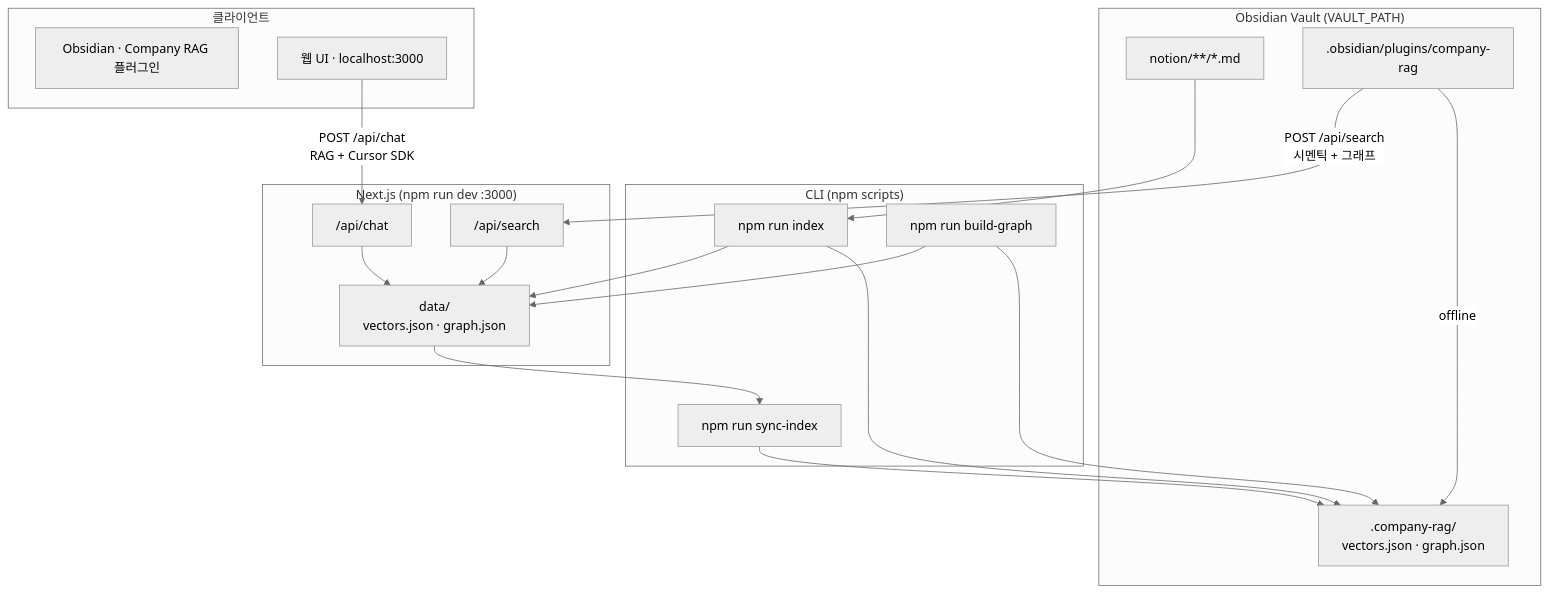
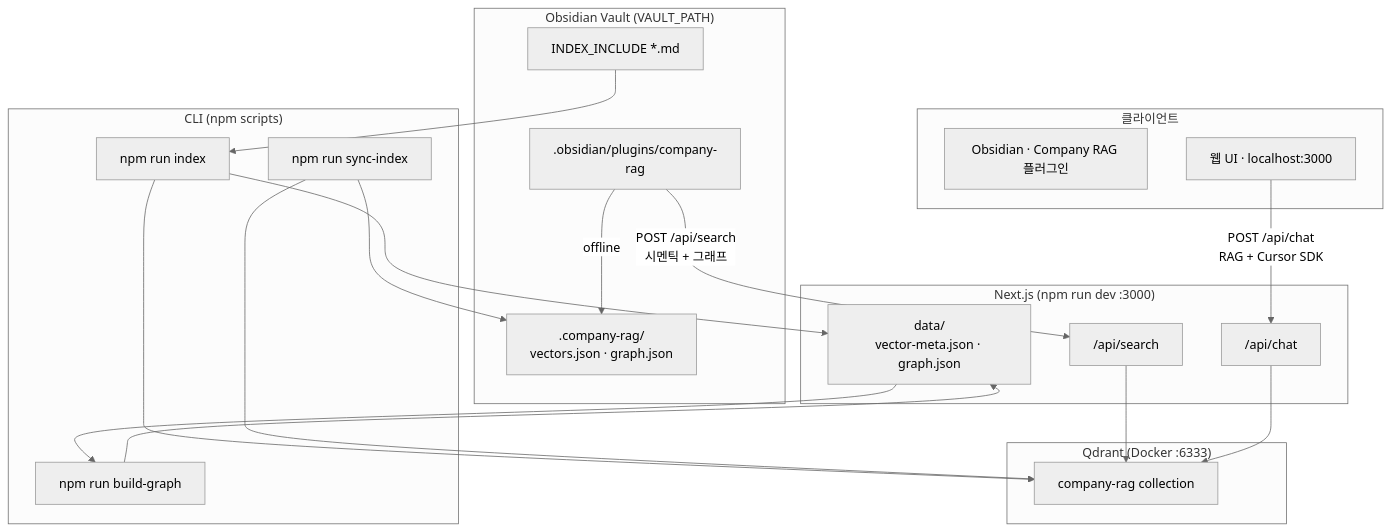
The diagram in README.md (LEEHEEWON123/obsidian_chat_bot), drawn with Mermaid (neutral theme) before and after one commit. The commit also changed other lines of this file and 13 other files, not shown here.

First line of the commit message:
Replace vectors.json with Qdrant for semantic retrieval.

````diff
--- a/README.md
+++ b/README.md
@@ -11,39 +13,43 @@
 ```mermaid
 flowchart TB
   subgraph vault["Obsidian Vault (VAULT_PATH)"]
-    MD["notion/**/*.md"]
+    MD["INDEX_INCLUDE *.md"]
     RAG[".company-rag/<br/>vectors.json · graph.json"]
     PLG[".obsidian/plugins/company-rag"]
   end
 
   subgraph cli["CLI (npm scripts)"]
     IDX["npm run index"]
     BG["npm run build-graph"]
     SYNC["npm run sync-index"]
   end
 
+  subgraph qdrant["Qdrant (Docker :6333)"]
+    VEC["company-rag collection"]
+  end
+
   subgraph server["Next.js (npm run dev :3000)"]
     SEARCH["/api/search"]
     CHAT["/api/chat"]
-    DATA["data/<br/>vectors.json · graph.json"]
+    META["data/<br/>vector-meta.json · graph.json"]
   end
 
   subgraph clients["클라이언트"]
     OBS["Obsidian · Company RAG 플러그인"]
     WEB["웹 UI · localhost:3000"]
   end
 
   MD --> IDX
-  IDX --> DATA
-  IDX --> RAG
-  BG --> DATA
-  BG --> RAG
-  DATA --> SYNC
+  IDX --> VEC
+  IDX --> META
+  BG --> META
+  SYNC --> VEC
   SYNC --> RAG
+  META --> BG
 
   PLG -->|"POST /api/search<br/>시멘틱 + 그래프"| SEARCH
   PLG -->|"offline"| RAG
-  SEARCH --> DATA
+  SEARCH --> VEC
   WEB -->|"POST /api/chat<br/>RAG + Cursor SDK"| CHAT
-  CHAT --> DATA
+  CHAT --> VEC
 ```
````
